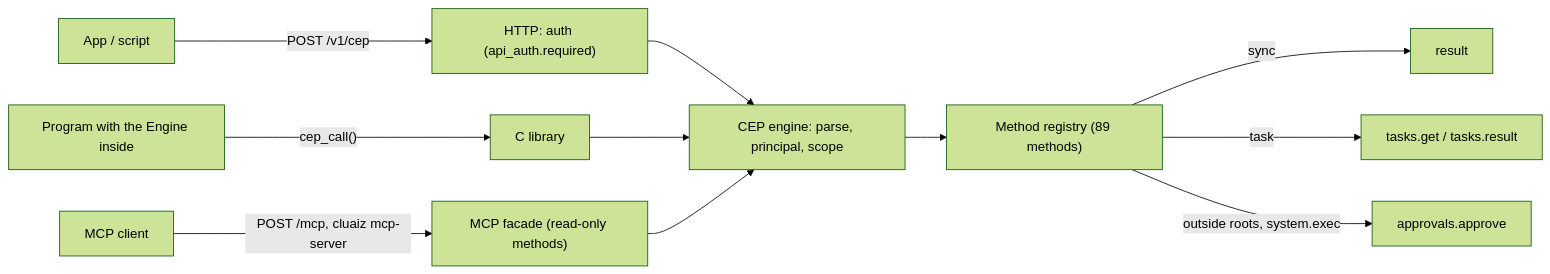
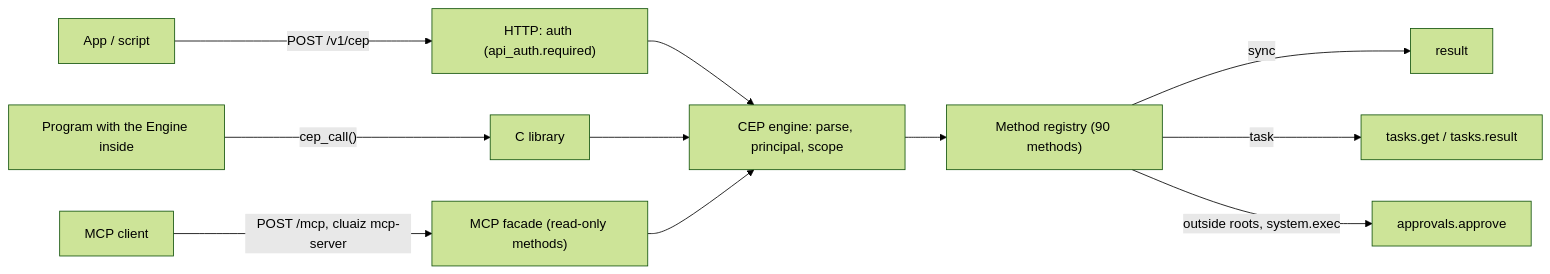
The first of 2 diagrams in docs/api/cep/README.md (cluaiz/cluaiz), drawn with Mermaid (forest theme) before and after one commit. The commit also changed 12 other files, not shown here.

````diff
--- a/docs/api/cep/README.md
+++ b/docs/api/cep/README.md
@@ -23,13 +23,13 @@
 ```mermaid
 flowchart LR
     App["App / script"] -->|"POST /v1/cep"| HTTP["HTTP: auth (api_auth.required)"]
     Lib["Program with the Engine inside"] -->|"cep_call()"| FFI["C library"]
     MCPC["MCP client"] -->|"POST /mcp, cluaiz mcp-server"| MCP["MCP facade (read-only methods)"]
     HTTP --> Engine["CEP engine: parse, principal, scope"]
     FFI --> Engine
     MCP --> Engine
-    Engine --> Registry["Method registry (89 methods)"]
+    Engine --> Registry["Method registry (90 methods)"]
     Registry -->|"sync"| Result["result"]
     Registry -->|"task"| Tasks["tasks.get / tasks.result"]
     Registry -->|"outside roots, system.exec"| Approvals["approvals.approve"]
 ```
````
